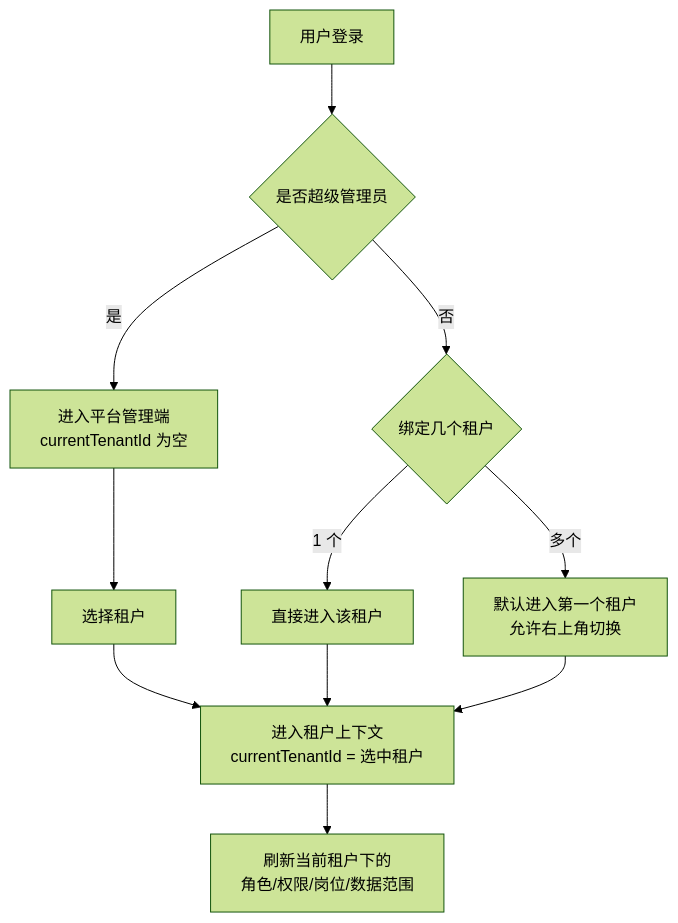
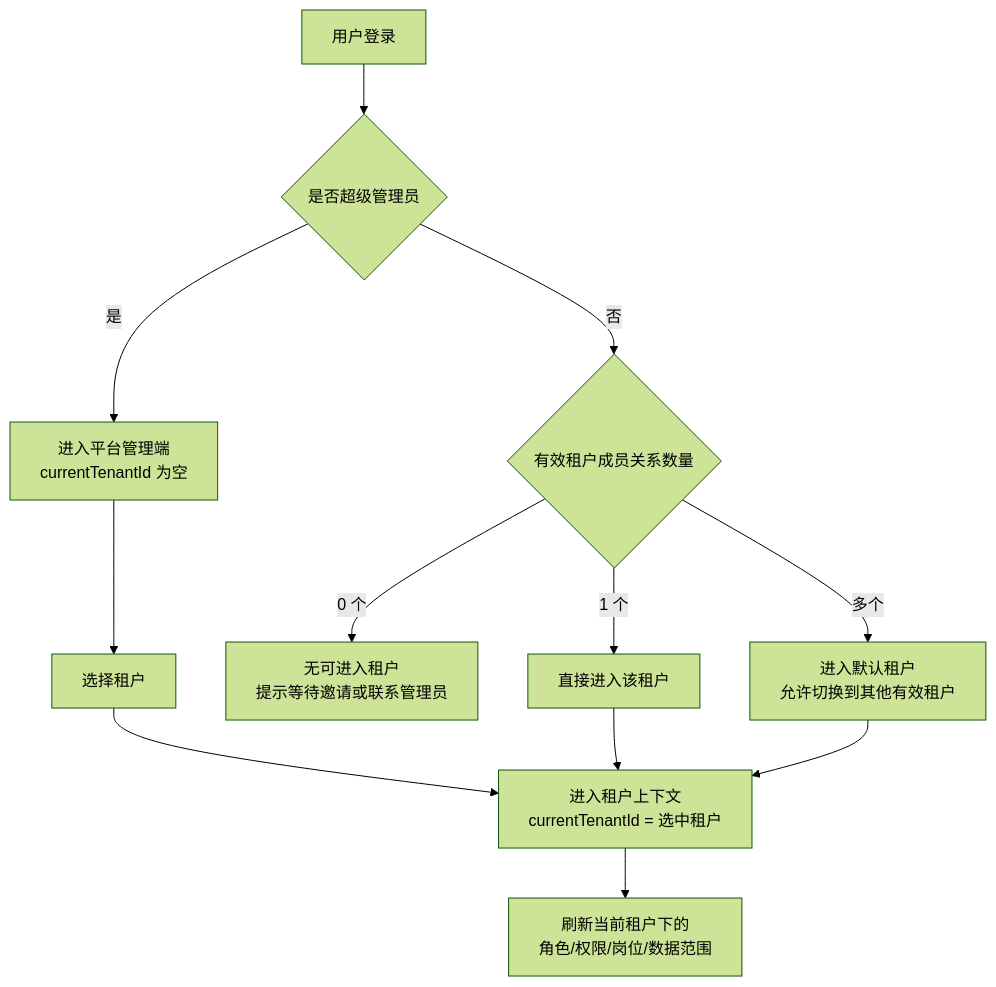
Before and after one commit to jince-boy/whim: the third of 3 diagrams in docs/系统架构.md, drawn with Mermaid (forest theme). The commit also changed other lines of this file and 22 other files, not shown here.

````diff
--- a/docs/系统架构.md
+++ b/docs/系统架构.md
@@ -35,16 +140,17 @@
 ```mermaid
 flowchart TD
     Login["用户登录"] --> IsSuper{"是否超级管理员"}
 
     IsSuper -->|是| Platform["进入平台管理端<br/>currentTenantId 为空"]
     Platform --> SelectTenant["选择租户"]
     SelectTenant --> TenantContext["进入租户上下文<br/>currentTenantId = 选中租户"]
 
-    IsSuper -->|否| CountTenant{"绑定几个租户"}
+    IsSuper -->|否| CountTenant{"有效租户成员关系数量"}
+    CountTenant -->|0 个| NoTenant["无可进入租户<br/>提示等待邀请或联系管理员"]
     CountTenant -->|1 个| DirectTenant["直接进入该租户"]
-    CountTenant -->|多个| FirstTenant["默认进入第一个租户<br/>允许右上角切换"]
+    CountTenant -->|多个| DefaultTenant["进入默认租户<br/>允许切换到其他有效租户"]
 
     DirectTenant --> TenantContext
-    FirstTenant --> TenantContext
+    DefaultTenant --> TenantContext
     TenantContext --> Refresh["刷新当前租户下的<br/>角色/权限/岗位/数据范围"]
 ```
````
